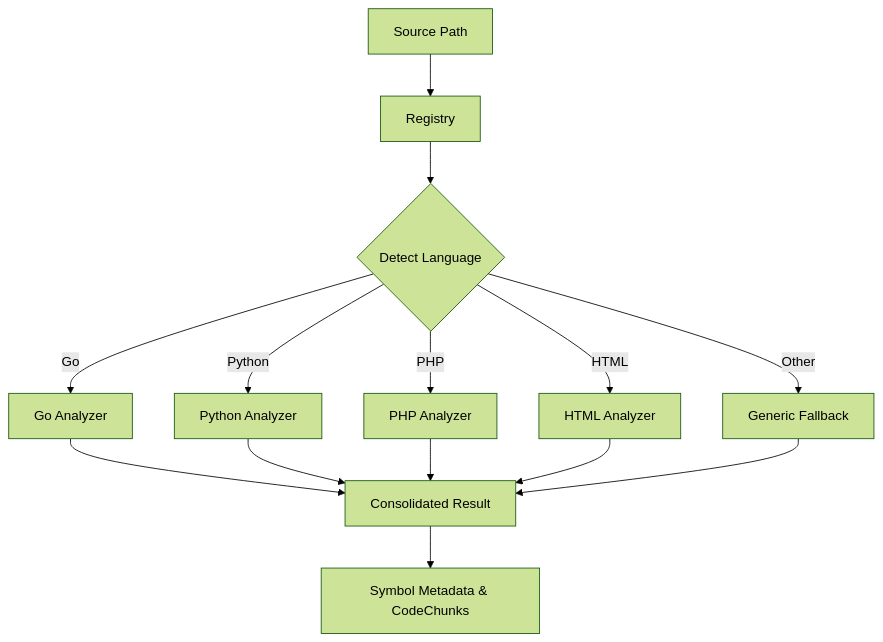
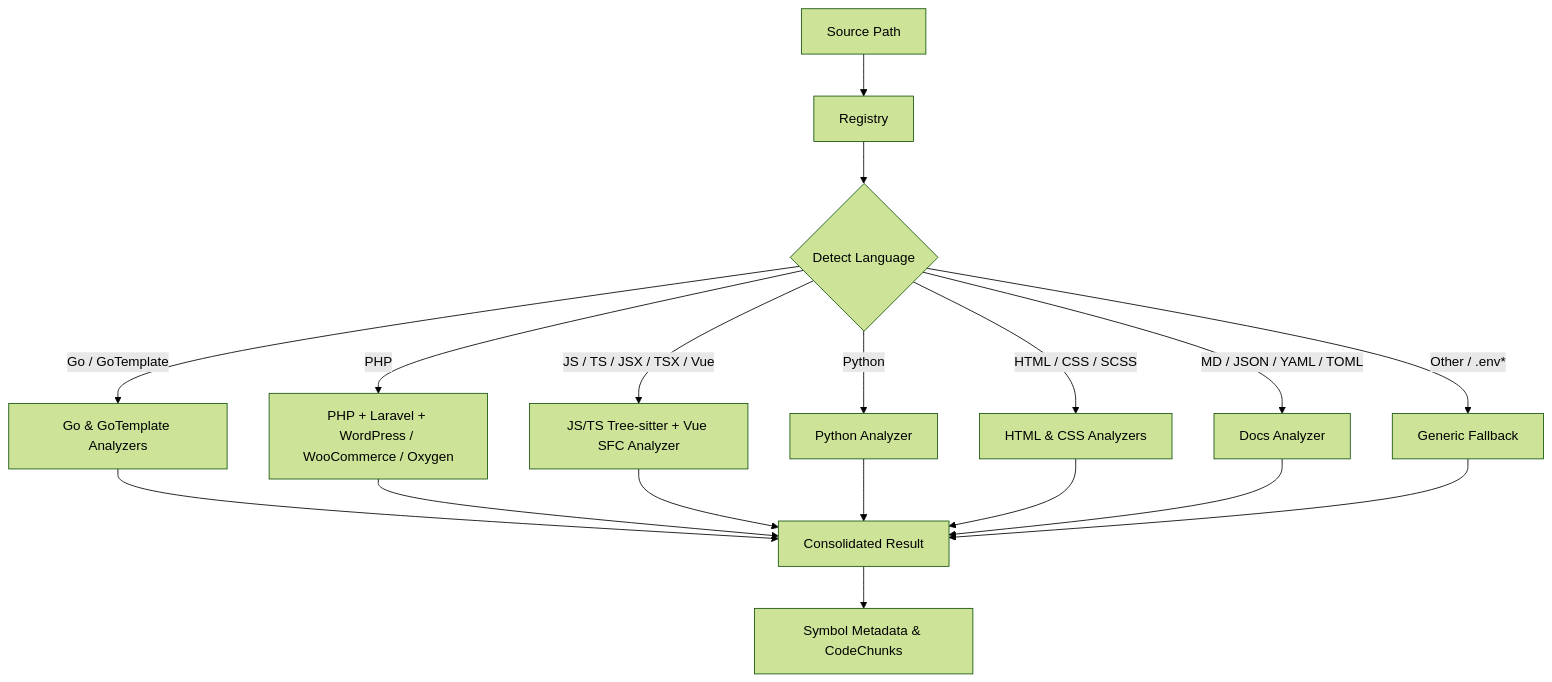
Before and after one commit to doITmagic/rag-code-mcp: the diagram in pkg/parser/README.md, drawn with Mermaid (forest theme). The commit also changed other lines of this file and 7 other files, not shown here.

Commit message:
docs(parser): update and complete per-folder parser documentation (PHP/Laravel/WordPress/Oxygen/WooCommerce, JS/TS/React/Vue, HTML/GoTemplate, CSS, Docs)

````diff
--- a/pkg/parser/README.md
+++ b/pkg/parser/README.md
@@ -9,13 +9,15 @@
 ```mermaid
 graph TD
     A[Source Path] --> B[Registry]
     B --> C{Detect Language}
-    C -->|Go| D[Go Analyzer]
-    C -->|Python| E[Python Analyzer]
-    C -->|PHP| F[PHP Analyzer]
-    C -->|HTML| G[HTML Analyzer]
-    C -->|Other| H[Generic Fallback]
-    
-    D & E & F & G & H --> I[Consolidated Result]
-    I --> J[Symbol Metadata & CodeChunks]
+    C -->|Go / GoTemplate| D[Go & GoTemplate Analyzers]
+    C -->|PHP| E[PHP + Laravel + WordPress / WooCommerce / Oxygen]
+    C -->|JS / TS / JSX / TSX / Vue| F[JS/TS Tree-sitter + Vue SFC Analyzer]
+    C -->|Python| G[Python Analyzer]
+    C -->|HTML / CSS / SCSS| H[HTML & CSS Analyzers]
+    C -->|MD / JSON / YAML / TOML| I[Docs Analyzer]
+    C -->|Other / .env*| J[Generic Fallback]
+
+    D & E & F & G & H & I & J --> K[Consolidated Result]
+    K --> L[Symbol Metadata & CodeChunks]
 ```
````
